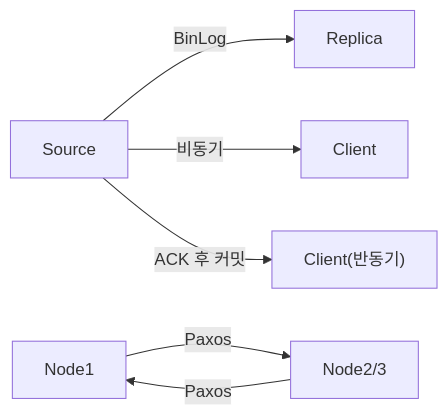
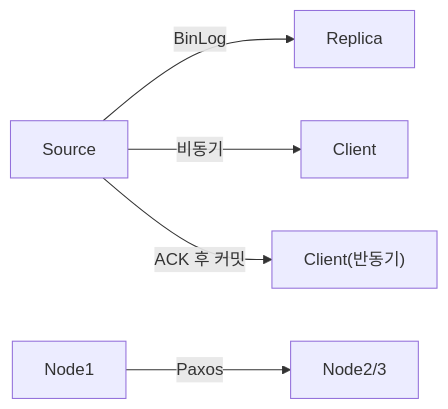
Diagram 12 of 15 in _posts/db/2026-05-01-db-comparison.md (yjkim2015/yjkim2015.github.io), drawn with Mermaid before and after one commit. The commit also changed other lines of this file and 245 other files, not shown here.

First line of the commit message:
Mermaid 다이어그램 전면 수정 + 면접 포인트 접기/펼치기 + DB 데드락 페이지

````diff
--- a/_posts/db/2026-05-01-db-comparison.md
+++ b/_posts/db/2026-05-01-db-comparison.md
@@ -353,8 +352,7 @@
 ```mermaid
 graph LR
     S["Source"] -->|"BinLog"| R["Replica"]
     S -->|"비동기"| CL1["Client"]
     S -->|"ACK 후 커밋"| CL2["Client(반동기)"]
     N1["Node1"] -->|"Paxos"| N2["Node2/3"]
-    N2["Node2/3"] -->|"Paxos"| N1["Node1"]
 ```
````
